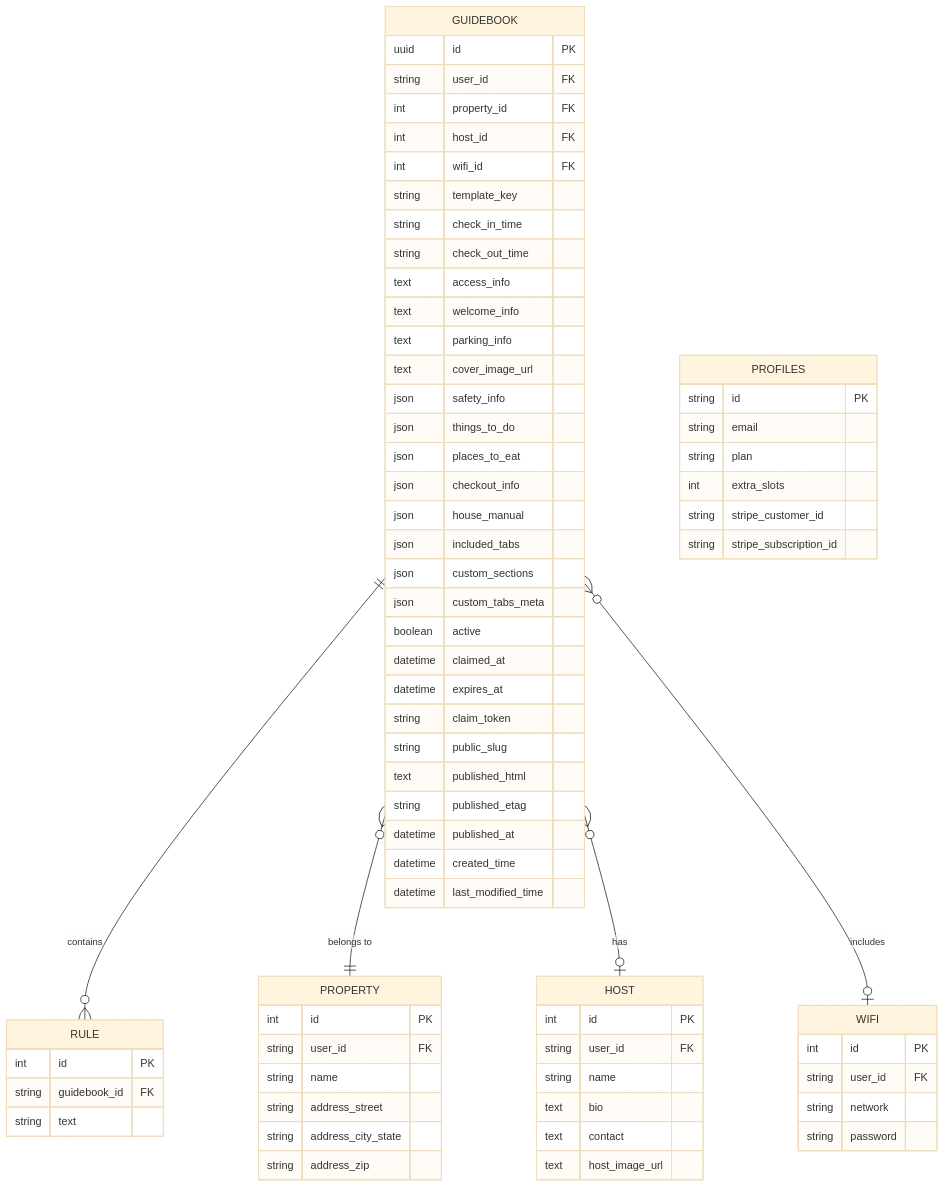
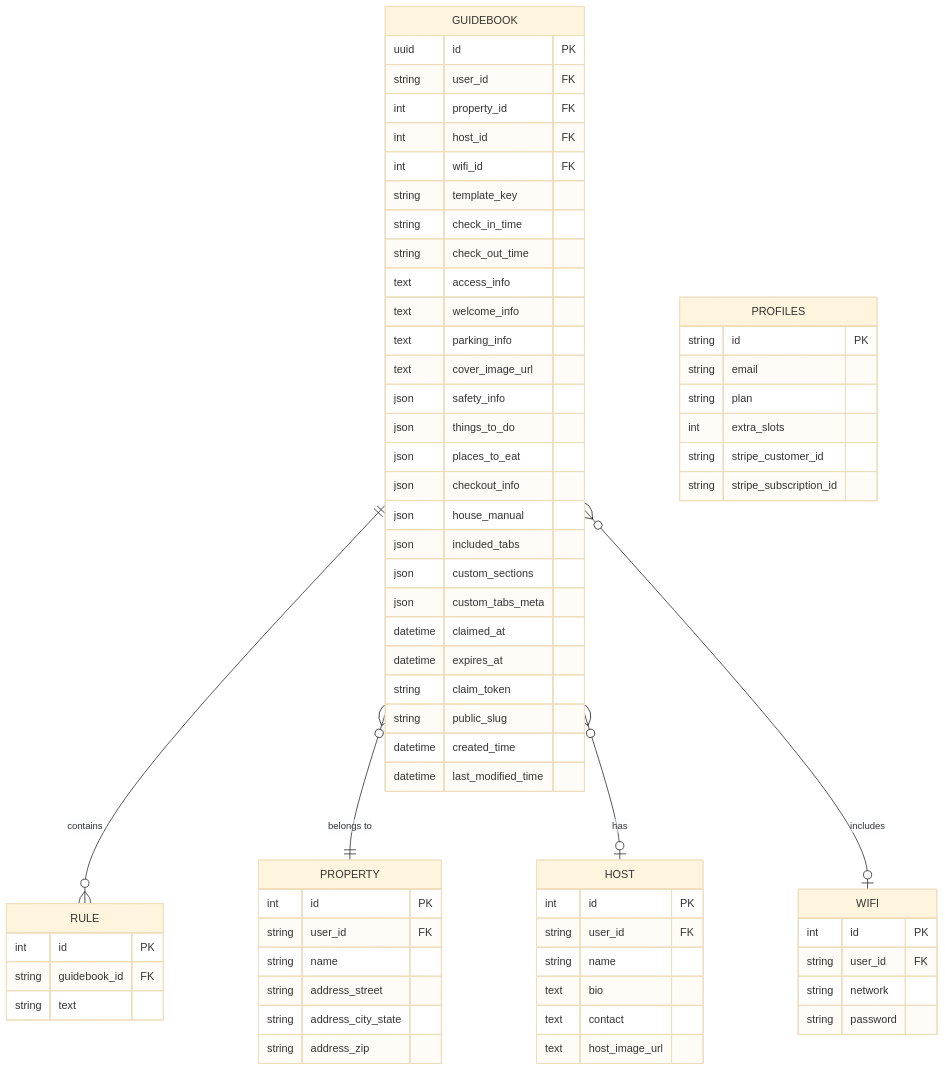
The third of 12 diagrams in ARCHITECTURE.md (hukahuka77/Guidewise), drawn with Mermaid (base theme) before and after one commit. The commit also changed other lines of this file and 100 other files, not shown here.

````diff
--- a/ARCHITECTURE.md
+++ b/ARCHITECTURE.md
@@ -110,80 +110,76 @@
 ```mermaid
 erDiagram
     GUIDEBOOK ||--o{ RULE : contains
     GUIDEBOOK }o--|| PROPERTY : "belongs to"
     GUIDEBOOK }o--o| HOST : "has"
     GUIDEBOOK }o--o| WIFI : "includes"
 
     GUIDEBOOK {
         uuid id PK
         string user_id FK
         int property_id FK
         int host_id FK
         int wifi_id FK
         string template_key
         string check_in_time
         string check_out_time
         text access_info
         text welcome_info
         text parking_info
         text cover_image_url
         json safety_info
         json things_to_do
         json places_to_eat
         json checkout_info
         json house_manual
         json included_tabs
         json custom_sections
         json custom_tabs_meta
-        boolean active
         datetime claimed_at
         datetime expires_at
         string claim_token
         string public_slug
-        text published_html
-        string published_etag
-        datetime published_at
         datetime created_time
         datetime last_modified_time
     }
 
     PROPERTY {
         int id PK
         string user_id FK
         string name
         string address_street
         string address_city_state
         string address_zip
     }
 
     HOST {
         int id PK
         string user_id FK
         string name
         text bio
         text contact
         text host_image_url
     }
 
     WIFI {
         int id PK
         string user_id FK
         string network
         string password
     }
 
     RULE {
         int id PK
         string guidebook_id FK
         string text
     }
 
     PROFILES {
         string id PK
         string email
         string plan
         int extra_slots
         string stripe_customer_id
         string stripe_subscription_id
     }
 ```
````
